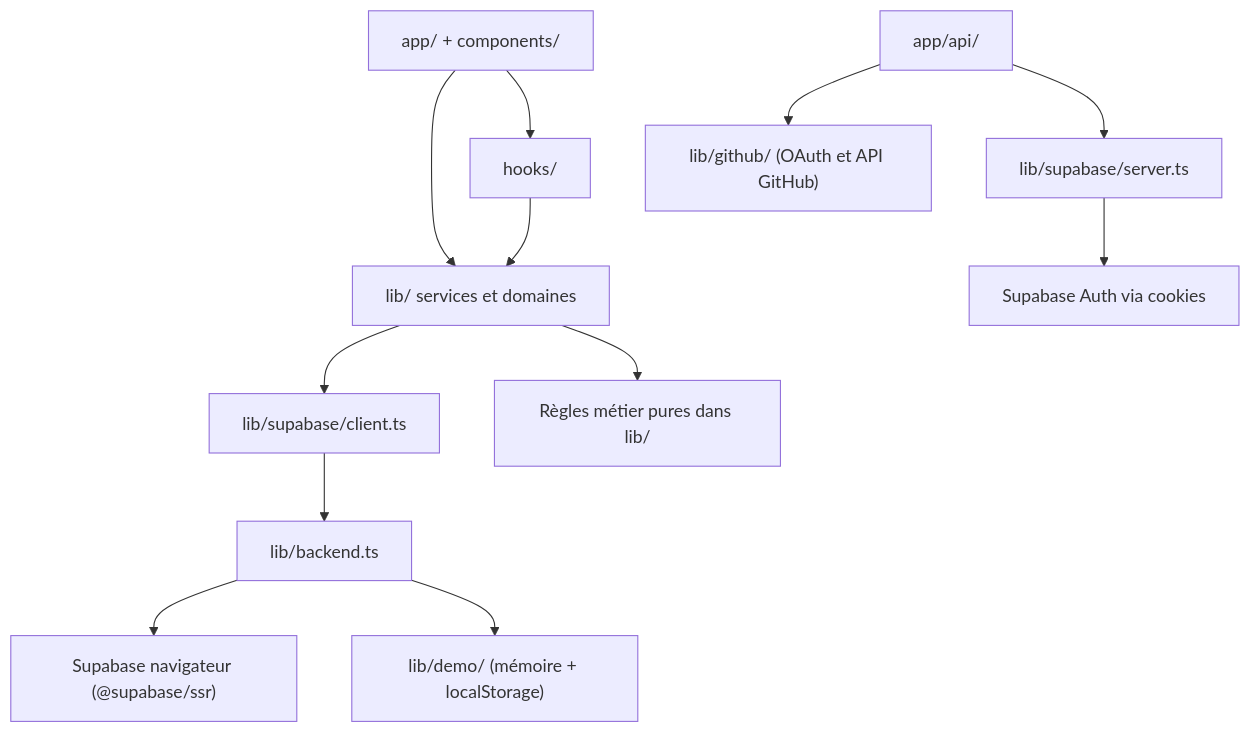
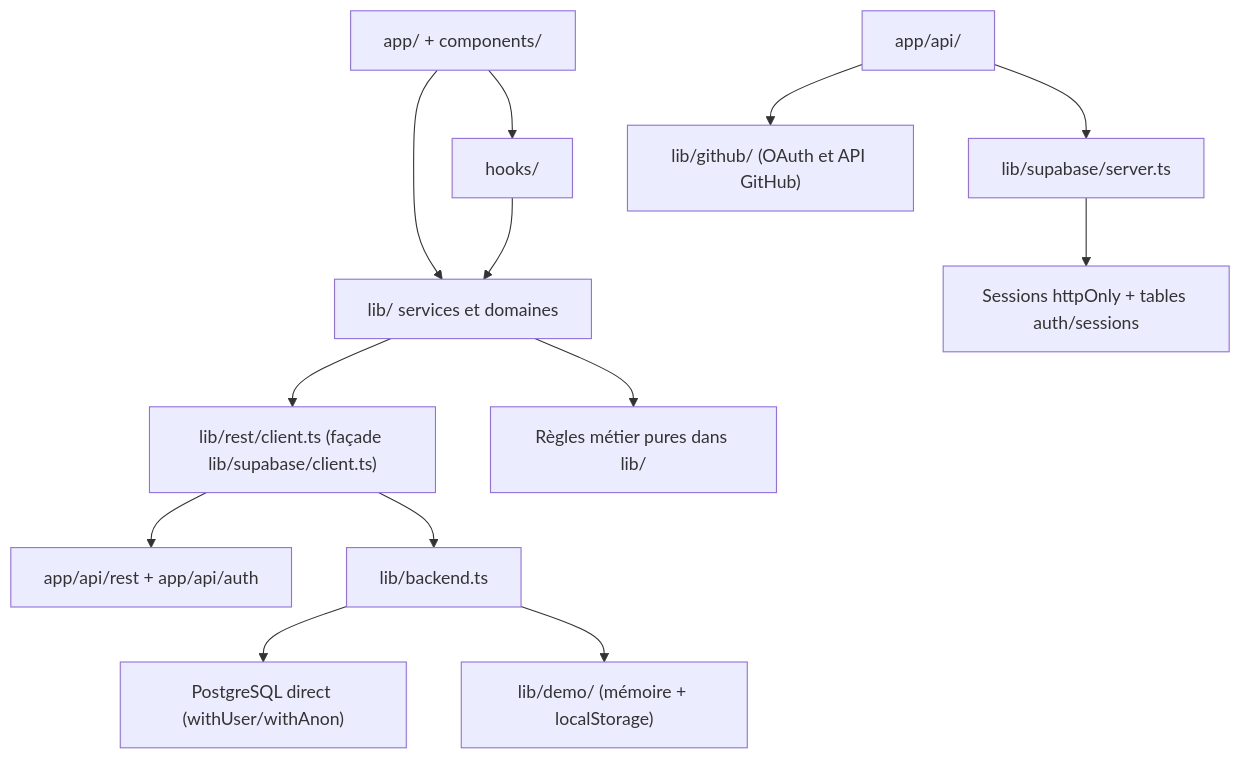
Before and after one commit to laudesmassamba1-ai/DEVNET: the first of 2 diagrams in docs/ARCHITECTURE.md, drawn with Mermaid. The commit also changed other lines of this file and 272 other files, not shown here.

Commit message:
Finalise PostgreSQL, l'atelier média et le stockage compressé

````diff
--- a/docs/ARCHITECTURE.md
+++ b/docs/ARCHITECTURE.md
@@ -11,14 +11,15 @@
 ```mermaid
 flowchart TD
     UI["app/ + components/"] --> Hooks["hooks/"]
     UI --> Services["lib/ services et domaines"]
     Hooks --> Services
-    Services --> Proxy["lib/supabase/client.ts"]
+    Services --> Proxy["lib/rest/client.ts (façade lib/supabase/client.ts)"]
+    Proxy --> Rest["app/api/rest + app/api/auth"]
     Proxy --> Probe["lib/backend.ts"]
-    Probe --> Live["Supabase navigateur (@supabase/ssr)"]
+    Probe --> Live["PostgreSQL direct (withUser/withAnon)"]
     Probe --> Demo["lib/demo/ (mémoire + localStorage)"]
     Routes["app/api/"] --> ServerClient["lib/supabase/server.ts"]
-    ServerClient --> Auth["Supabase Auth via cookies"]
+    ServerClient --> Auth["Sessions httpOnly + tables auth/sessions"]
     Services --> Pure["Règles métier pures dans lib/"]
     Routes --> Github["lib/github/ (OAuth et API GitHub)"]
 ```
````
